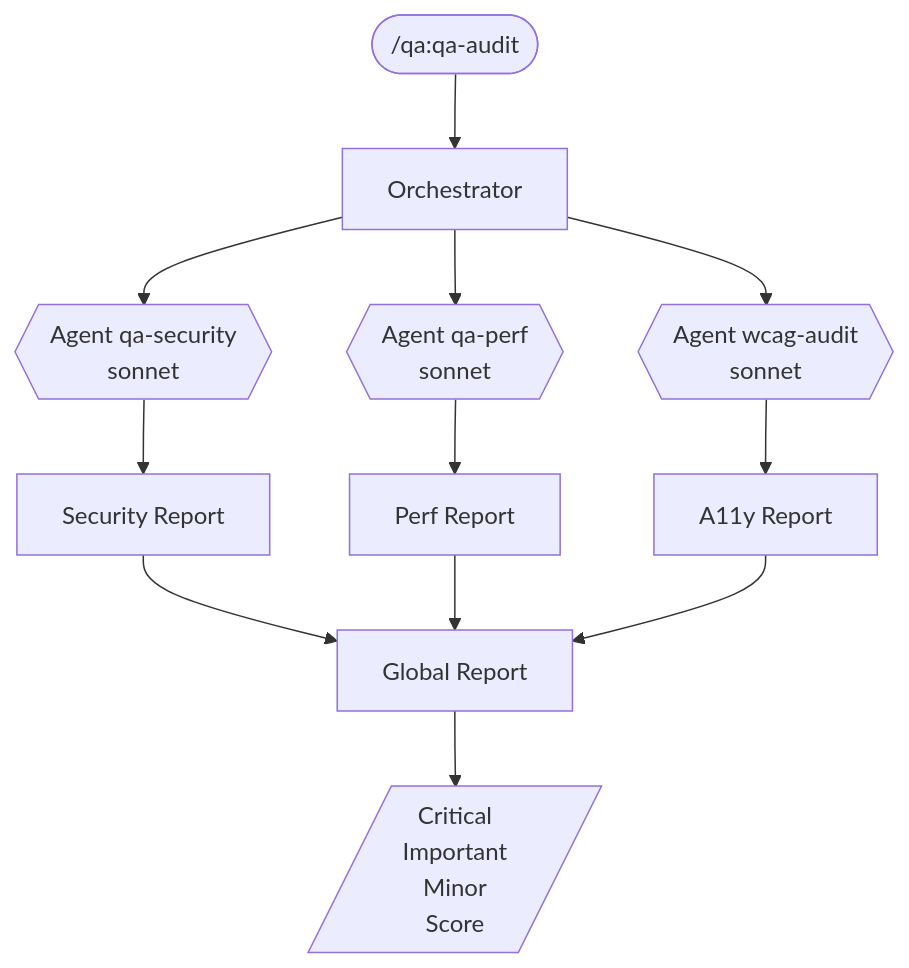
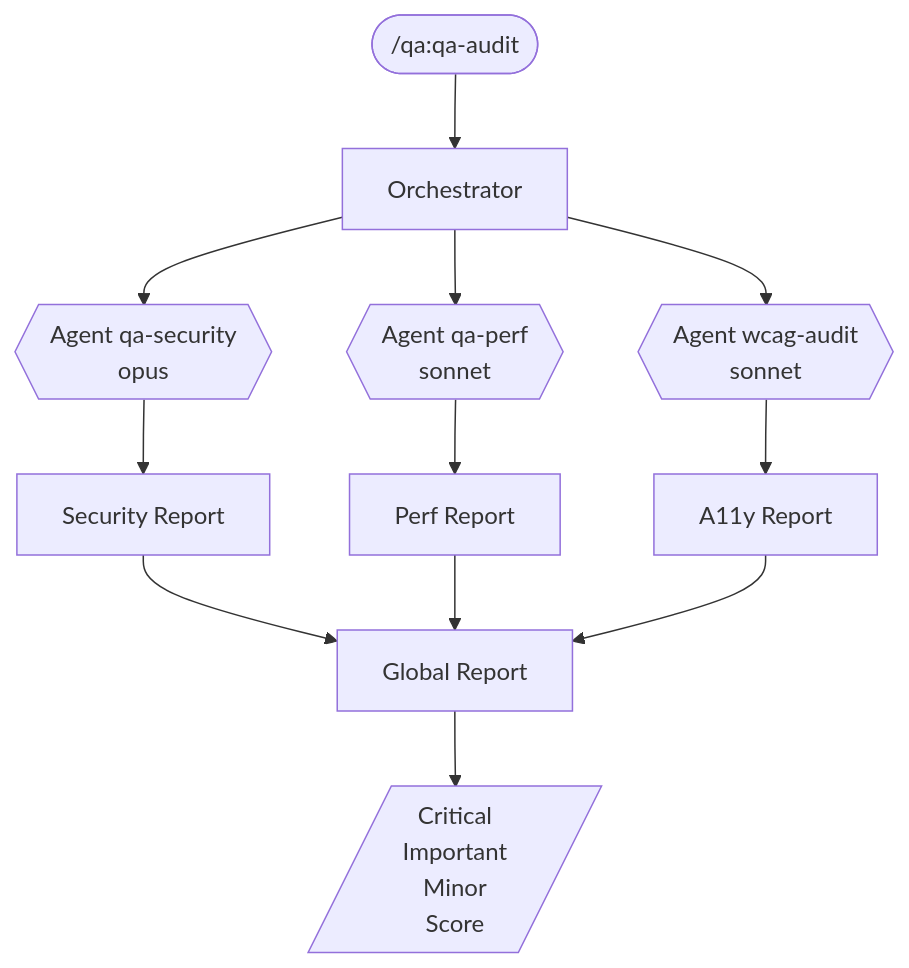
One commit to christopherlouet/claude-base changed the fifth of 8 diagrams in docs/WORKFLOWS.md. Above: the diagram before and after it, drawn with Mermaid. The commit also changed other lines of this file and 18 other files, not shown here.

````diff
--- a/docs/WORKFLOWS.md
+++ b/docs/WORKFLOWS.md
@@ -298,18 +298,18 @@
 ```mermaid
 flowchart TD
     AUDIT([/qa:qa-audit]) --> ORCHESTRATOR[Orchestrator]
 
-    ORCHESTRATOR --> SEC{{Agent qa-security<br/>sonnet}}
+    ORCHESTRATOR --> SEC{{Agent qa-security<br/>opus}}
     ORCHESTRATOR --> PERF{{Agent qa-perf<br/>sonnet}}
     ORCHESTRATOR --> A11Y{{Agent wcag-audit<br/>sonnet}}
 
     SEC --> RSEC[Security Report]
     PERF --> RPERF[Perf Report]
     A11Y --> RA11Y[A11y Report]
 
     RSEC --> MERGE[Global Report]
     RPERF --> MERGE
     RA11Y --> MERGE
 
     MERGE --> REPORT[/Critical\nImportant\nMinor\nScore/]
 ```
````
